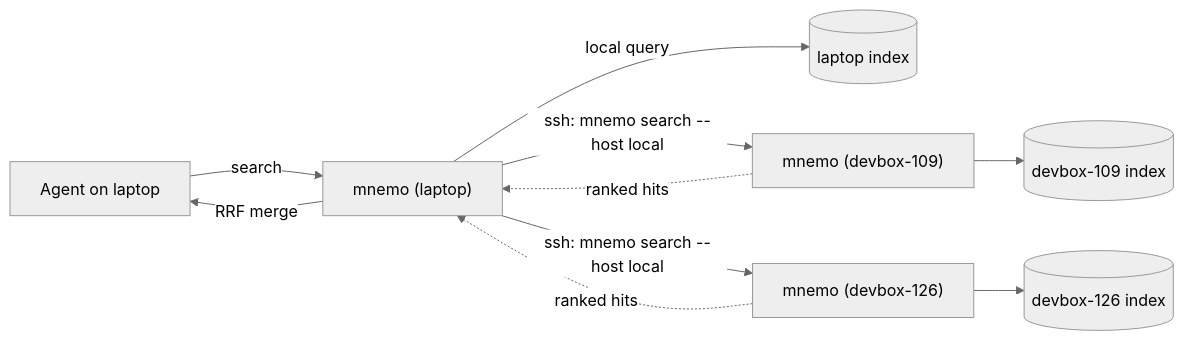
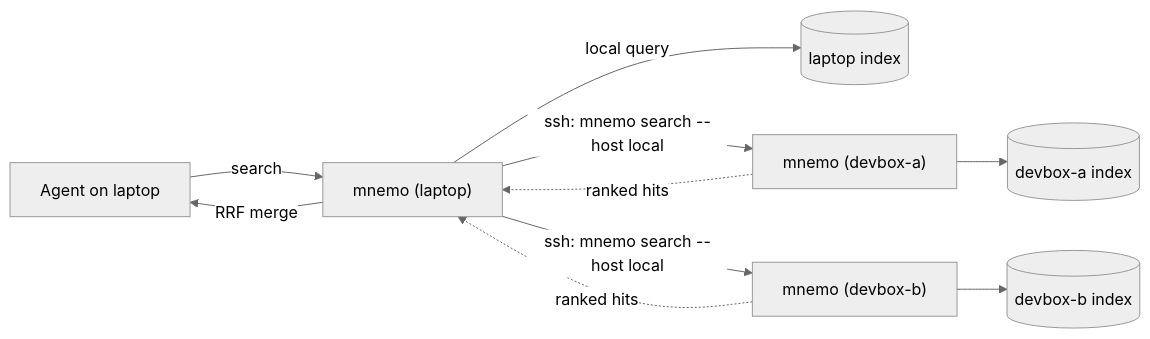
One commit to szupzj18/mnemo changed the diagram in README.md. Above: the diagram before and after it, drawn with Mermaid (neutral theme). The commit also changed other lines of this file and 4 other files, not shown here.

````diff
--- a/README.md
+++ b/README.md
@@ -212,12 +212,12 @@
 ```mermaid
 flowchart LR
   A["Agent on laptop"] -->|search| L["mnemo (laptop)"]
   L -->|local query| LI[("laptop index")]
-  L -->|ssh: mnemo search --host local| R1["mnemo (devbox-109)"]
-  L -->|ssh: mnemo search --host local| R2["mnemo (devbox-126)"]
-  R1 --> I1[("devbox-109 index")]
-  R2 --> I2[("devbox-126 index")]
+  L -->|ssh: mnemo search --host local| R1["mnemo (devbox-a)"]
+  L -->|ssh: mnemo search --host local| R2["mnemo (devbox-b)"]
+  R1 --> I1[("devbox-a index")]
+  R2 --> I2[("devbox-b index")]
   R1 -. ranked hits .-> L
   R2 -. ranked hits .-> L
   L -->|RRF merge| A
 ```
````
